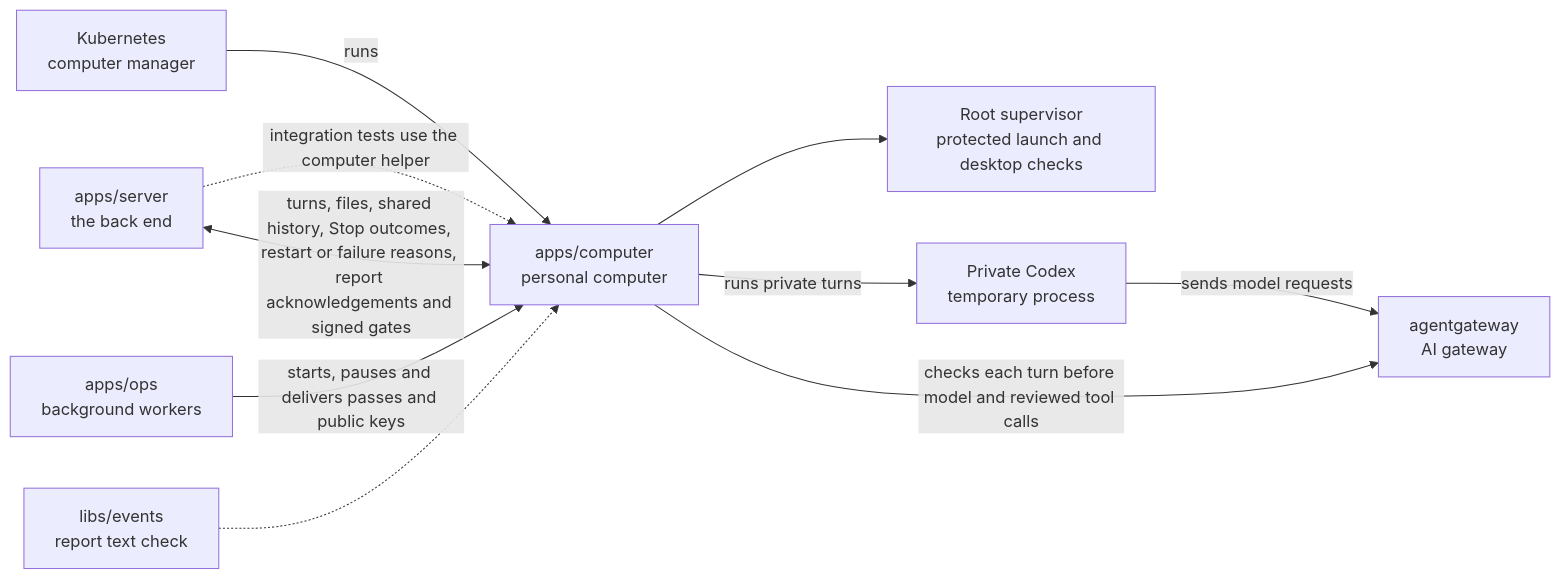
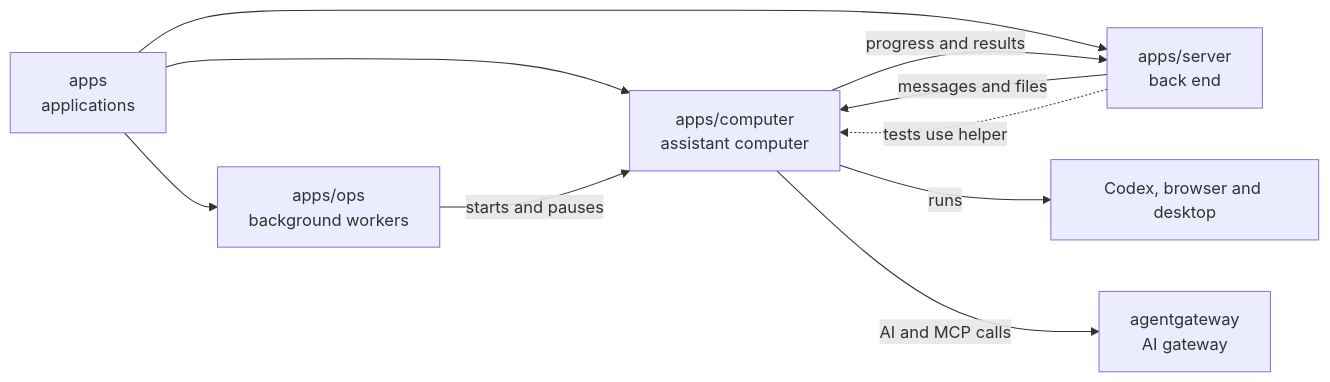
One commit to elewa-git/opencrane-new changed the diagram in apps/computer/README.md. Above: the diagram before and after it, drawn with Mermaid. The commit also changed other lines of this file and 16 other files, not shown here.

````diff
--- a/apps/computer/README.md
+++ b/apps/computer/README.md
@@ -22,12 +16,12 @@
 ```mermaid
 flowchart LR
-  server -.->|integration tests use the computer helper| computer
-  kube["Kubernetes<br/>computer manager"] -->|runs| computer["apps/computer<br/>personal computer"]
-  ops["apps/ops<br/>background workers"] -->|starts, pauses and delivers passes and public keys| computer
-  server["apps/server<br/>the back end"] <-->|turns, files, shared history, Stop outcomes, restart or failure reasons, report acknowledgements and signed gates| computer
-  events["libs/events<br/>report text check"] -.-> computer
-  computer --> supervisor["Root supervisor<br/>protected launch and desktop checks"]
-  computer -->|runs private turns| private["Private Codex<br/>temporary process"]
-  private -->|sends model requests| gateway
-  computer -->|checks each turn before model and reviewed tool calls| gateway["agentgateway<br/>AI gateway"]
+  apps["apps<br/>applications"] --> computer["apps/computer<br/>assistant computer"]
+  apps --> ops["apps/ops<br/>background workers"]
+  apps --> server["apps/server<br/>back end"]
+  ops -->|starts and pauses| computer
+  server -->|messages and files| computer
+  server -.->|tests use helper| computer
+  computer -->|progress and results| server
+  computer -->|runs| desktop["Codex, browser and desktop"]
+  computer -->|AI and MCP calls| gateway["agentgateway<br/>AI gateway"]
 ```
````
